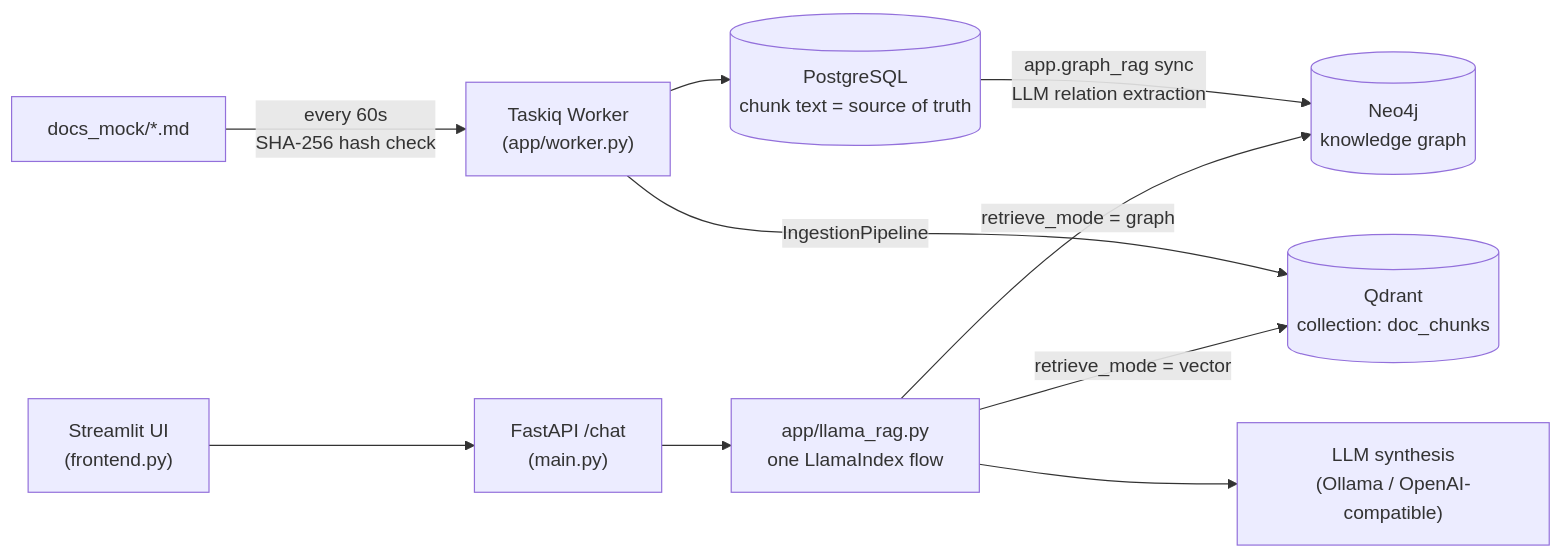
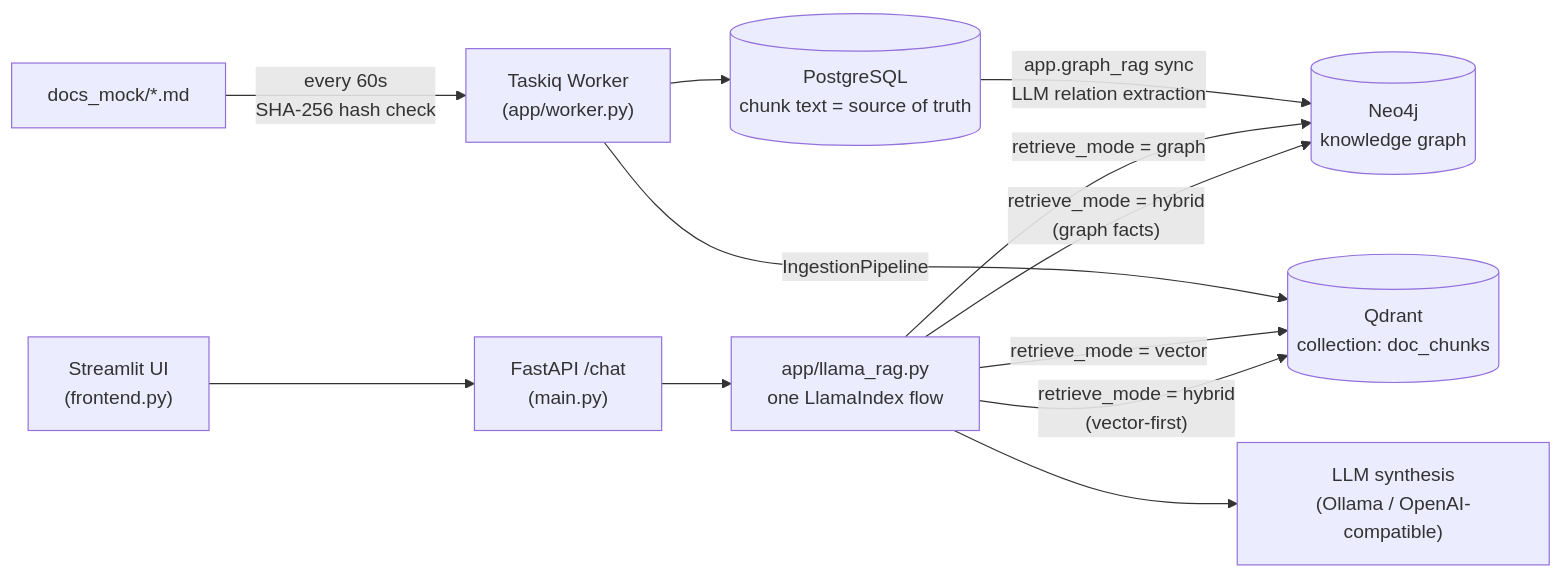
The diagram in README.md (Mrslimek/basic-rag-system), drawn with Mermaid before and after one commit. The commit also changed other lines of this file and 6 other files, not shown here.

Commit message:
Hybrid retrieval: vector-first chunks + Neo4j graph facts (Round 3 eval)

````diff
--- a/README.md
+++ b/README.md
@@ -9,14 +9,16 @@
 ```mermaid
 flowchart LR
     Docs["docs_mock/*.md"] -->|"every 60s\nSHA-256 hash check"| Worker["Taskiq Worker\n(app/worker.py)"]
     Worker --> PG[("PostgreSQL\nchunk text = source of truth")]
     Worker -->|"IngestionPipeline"| QD[("Qdrant\ncollection: doc_chunks")]
 
     PG -->|"app.graph_rag sync\nLLM relation extraction"| NEO[("Neo4j\nknowledge graph")]
 
     UI["Streamlit UI\n(frontend.py)"] --> API["FastAPI /chat\n(main.py)"]
     API --> RAG["app/llama_rag.py\none LlamaIndex flow"]
     RAG -->|"retrieve_mode = vector"| QD
     RAG -->|"retrieve_mode = graph"| NEO
+    RAG -->|"retrieve_mode = hybrid\n(vector-first)"| QD
+    RAG -->|"retrieve_mode = hybrid\n(graph facts)"| NEO
     RAG --> LLM["LLM synthesis\n(Ollama / OpenAI-compatible)"]
 ```
````
